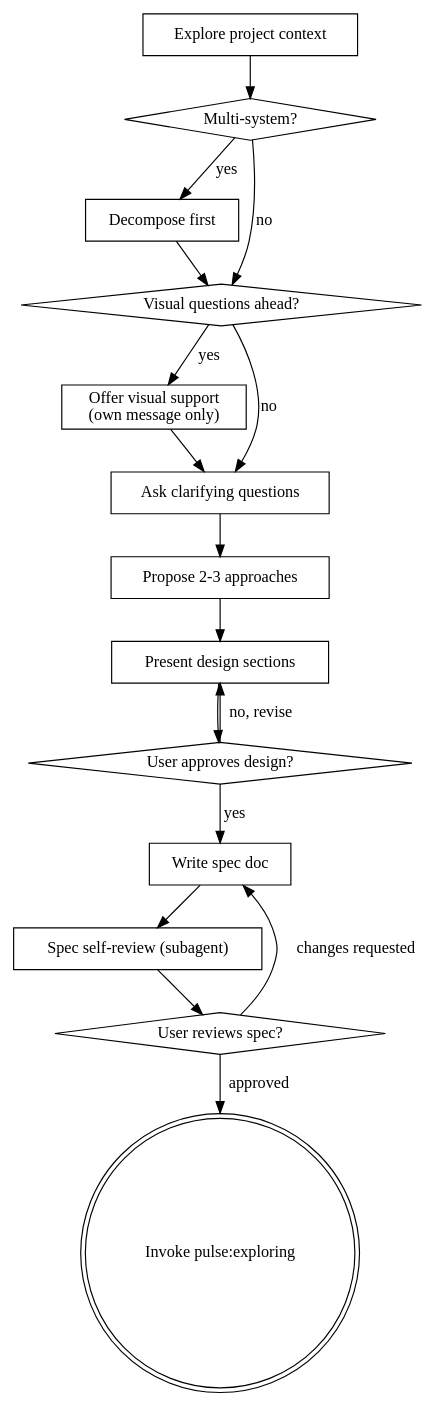
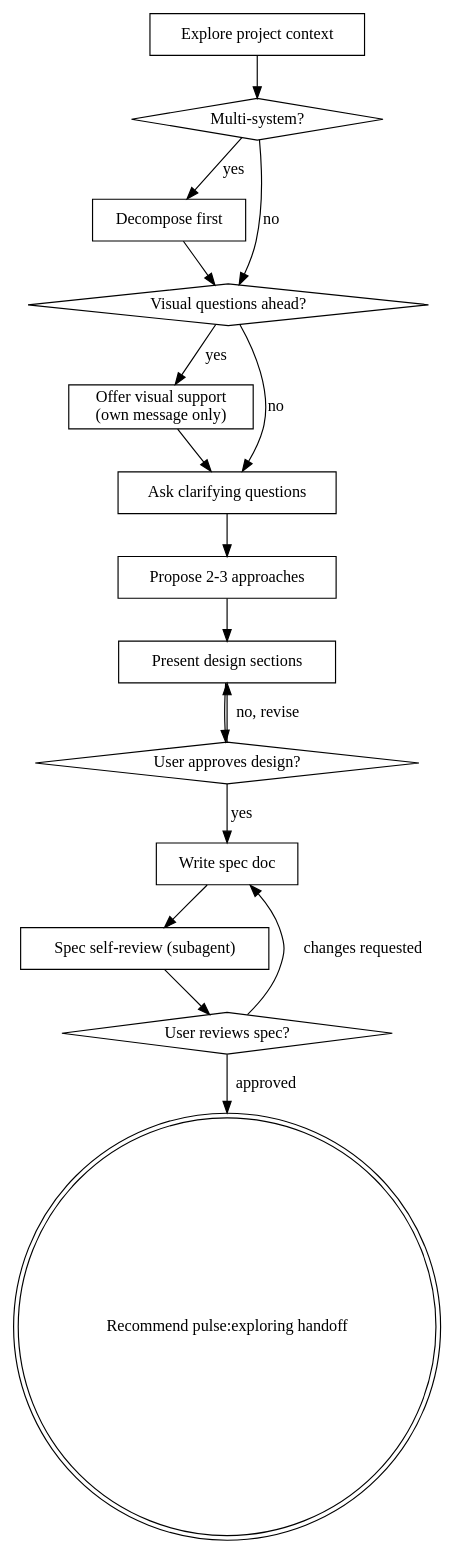
Before and after one commit to quanpersie2001/skills: the diagram in skills/brainstorming/SKILL.md, drawn with Graphviz. The commit also changed other lines of this file and 31 other files, not shown here.

````diff
--- a/skills/brainstorming/SKILL.md
+++ b/skills/brainstorming/SKILL.md
@@ -86,34 +86,34 @@
 ```dot
 digraph brainstorming {
     "Explore project context" [shape=box];
     "Multi-system?" [shape=diamond];
     "Decompose first" [shape=box];
     "Visual questions ahead?" [shape=diamond];
     "Offer visual support\n(own message only)" [shape=box];
     "Ask clarifying questions" [shape=box];
     "Propose 2-3 approaches" [shape=box];
     "Present design sections" [shape=box];
     "User approves design?" [shape=diamond];
     "Write spec doc" [shape=box];
     "Spec self-review (subagent)" [shape=box];
     "User reviews spec?" [shape=diamond];
-    "Invoke pulse:exploring" [shape=doublecircle];
+    "Recommend pulse:exploring handoff" [shape=doublecircle];
 
     "Explore project context" -> "Multi-system?";
     "Multi-system?" -> "Decompose first" [label="yes"];
     "Multi-system?" -> "Visual questions ahead?" [label="no"];
     "Decompose first" -> "Visual questions ahead?";
     "Visual questions ahead?" -> "Offer visual support\n(own message only)" [label="yes"];
     "Visual questions ahead?" -> "Ask clarifying questions" [label="no"];
     "Offer visual support\n(own message only)" -> "Ask clarifying questions";
     "Ask clarifying questions" -> "Propose 2-3 approaches";
     "Propose 2-3 approaches" -> "Present design sections";
     "Present design sections" -> "User approves design?";
     "User approves design?" -> "Present design sections" [label="no, revise"];
     "User approves design?" -> "Write spec doc" [label="yes"];
     "Write spec doc" -> "Spec self-review (subagent)";
     "Spec self-review (subagent)" -> "User reviews spec?";
     "User reviews spec?" -> "Write spec doc" [label="changes requested"];
-    "User reviews spec?" -> "Invoke pulse:exploring" [label="approved"];
+    "User reviews spec?" -> "Recommend pulse:exploring handoff" [label="approved"];
 }
 ```
````
